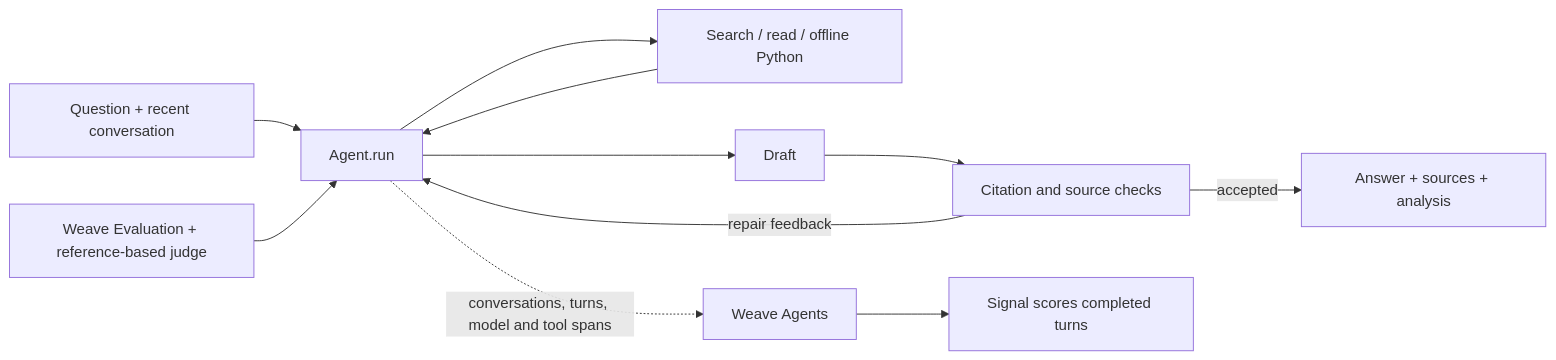
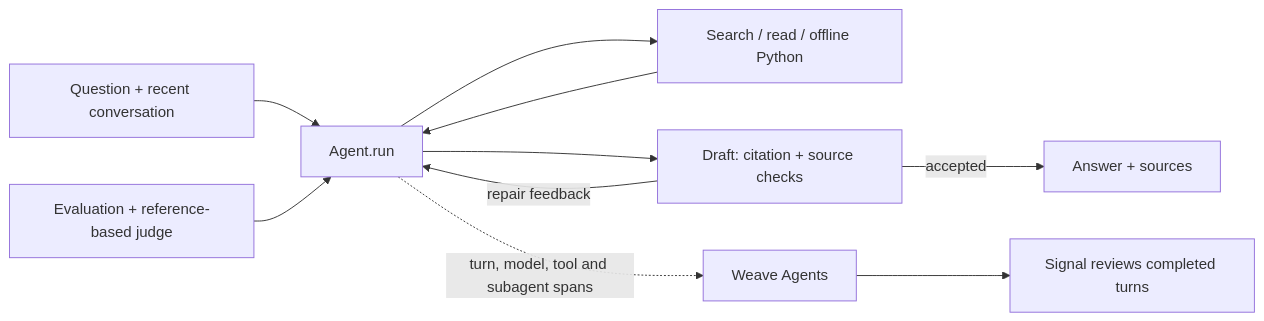
Before and after one commit to devsodhirao/coreweaving: the diagram in README.md, drawn with Mermaid. The commit also changed other lines of this file and 12 other files, not shown here.

````diff
--- a/README.md
+++ b/README.md
@@ -50,13 +48,12 @@
 ```mermaid
 flowchart LR
     Q[Question + recent conversation] --> A[Agent.run]
     A --> T[Search / read / offline Python]
     T --> A
-    A --> D[Draft]
-    D --> V[Citation and source checks]
+    A --> V[Draft: citation + source checks]
     V -->|repair feedback| A
-    V -->|accepted| U[Answer + sources + analysis]
-    E[Weave Evaluation + reference-based judge] --> A
-    A -. conversations, turns, model and tool spans .-> W[Weave Agents]
-    W --> S[Signal scores completed turns]
+    V -->|accepted| U[Answer + sources]
+    A -. turn, model, tool and subagent spans .-> W[Weave Agents]
+    E[Evaluation + reference-based judge] --> A
+    W --> S[Signal reviews completed turns]
 ```
````
